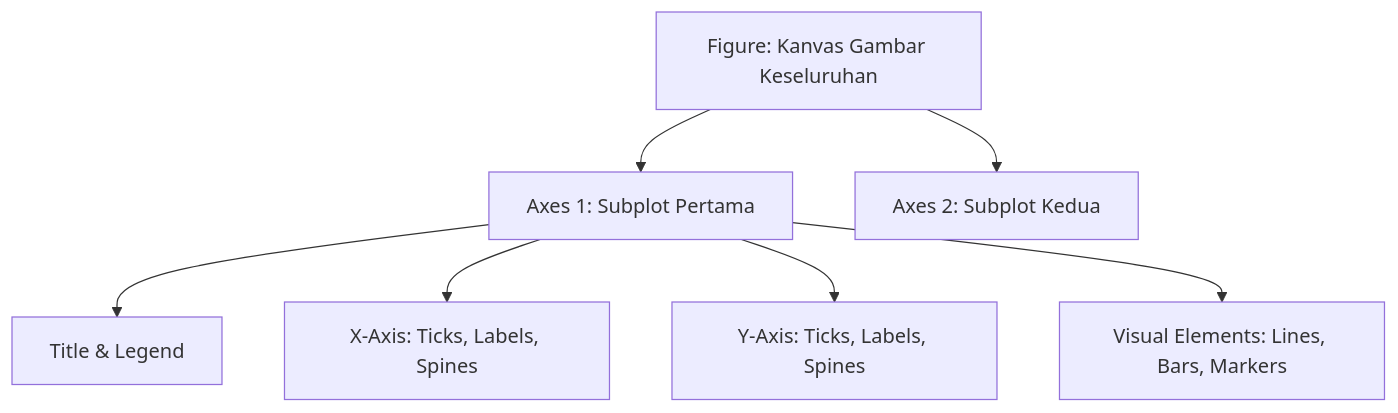
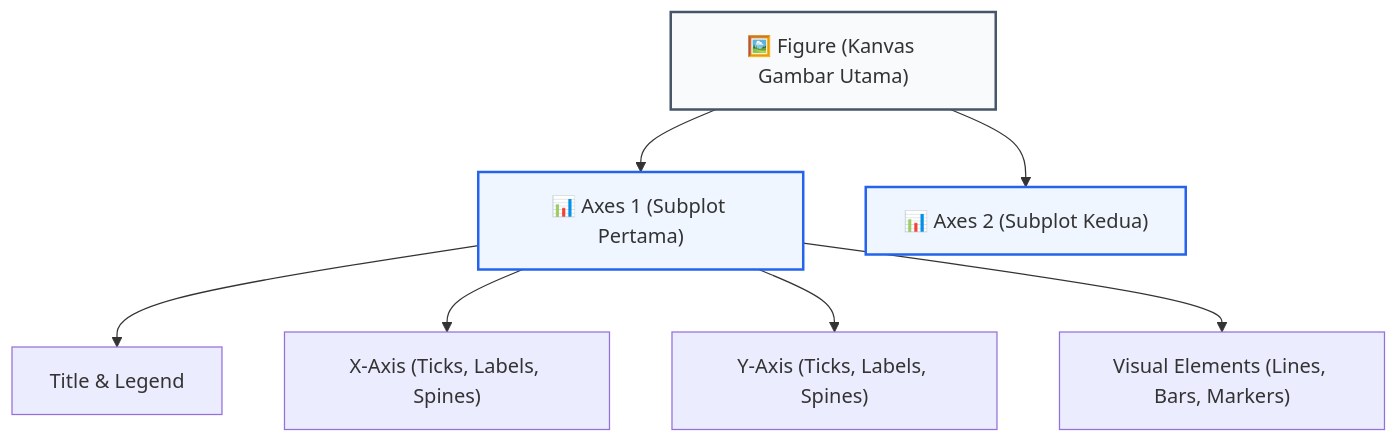
One commit to mahendaruui/Perkuliahan changed the diagram in docs/visualisasi-data/05-matplotlib-fundamental.md. Above: the diagram before and after it, drawn with Mermaid. The commit also changed 7 other files, not shown here.

Commit message:
refactor: update visual assets and Mermaid diagrams with standardized styling and formatting across course documentation

````diff
--- a/docs/visualisasi-data/05-matplotlib-fundamental.md
+++ b/docs/visualisasi-data/05-matplotlib-fundamental.md
@@ -16,9 +16,13 @@
 ```mermaid
-graph TD
-    Figure[Figure: Kanvas Gambar Keseluruhan] --> Axes1[Axes 1: Subplot Pertama]
-    Figure --> Axes2[Axes 2: Subplot Kedua]
-    Axes1 --> Title[Title & Legend]
-    Axes1 --> XAxis[X-Axis: Ticks, Labels, Spines]
-    Axes1 --> YAxis[Y-Axis: Ticks, Labels, Spines]
-    Axes1 --> Elements[Visual Elements: Lines, Bars, Markers]
+flowchart TD
+    Figure["🖼️ Figure (Kanvas Gambar Utama)"] --> Axes1["📊 Axes 1 (Subplot Pertama)"]
+    Figure --> Axes2["📊 Axes 2 (Subplot Kedua)"]
+    Axes1 --> Title["Title & Legend"]
+    Axes1 --> XAxis["X-Axis (Ticks, Labels, Spines)"]
+    Axes1 --> YAxis["Y-Axis (Ticks, Labels, Spines)"]
+    Axes1 --> Elements["Visual Elements (Lines, Bars, Markers)"]
+
+    style Figure fill:#f8fafc,stroke:#475569,stroke-width:2px
+    style Axes1 fill:#eff6ff,stroke:#2563eb,stroke-width:2px
+    style Axes2 fill:#eff6ff,stroke:#2563eb,stroke-width:2px
 ```
````
